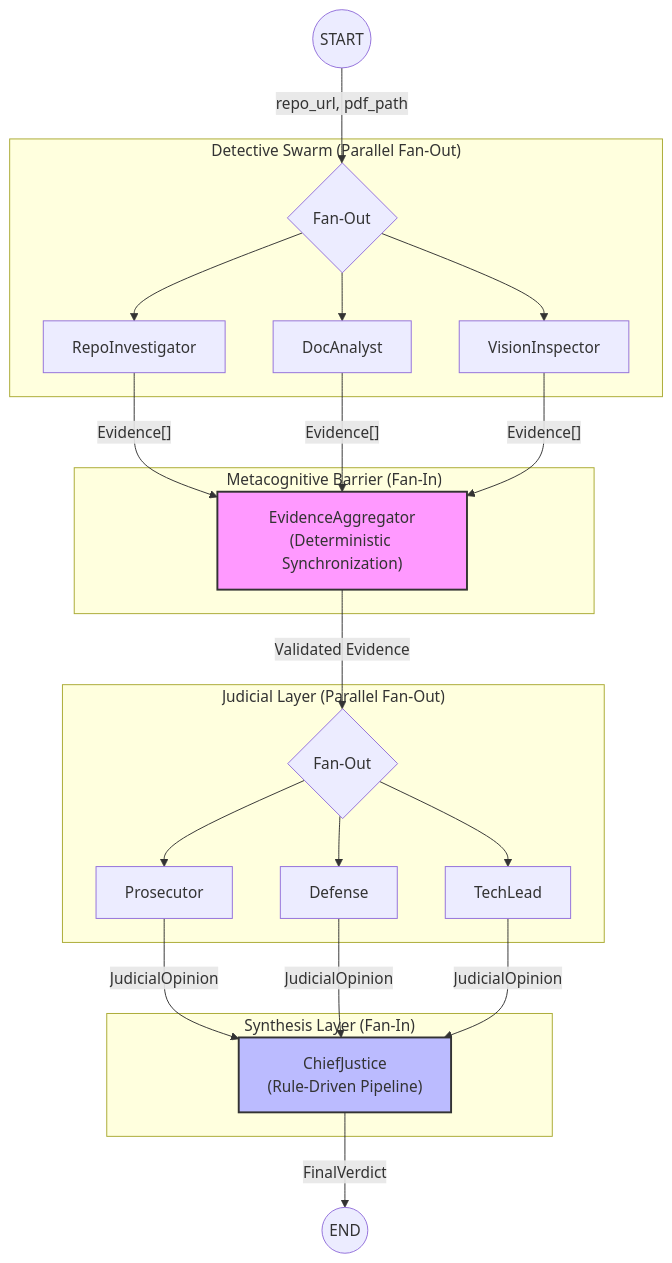
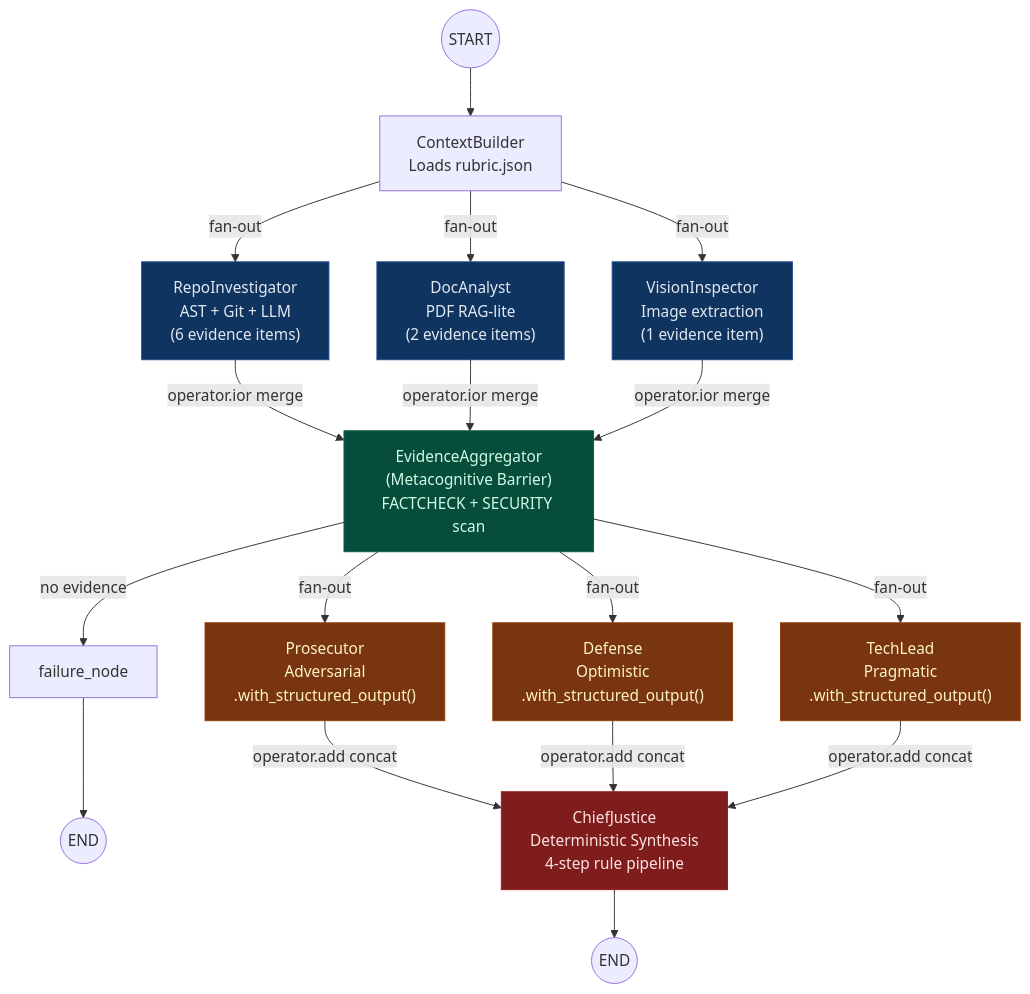
One commit to richh-s/automaton-auditor changed the diagram in reports/interim_report.md. Above: the diagram before and after it, drawn with Mermaid. The commit also changed other lines of this file, not shown here.

First line of the commit message:
docs: rewrite interim report to match forensic rubric spec

````diff
--- a/reports/interim_report.md
+++ b/reports/interim_report.md
@@ -10,41 +110,34 @@
 ```mermaid
 graph TD
-    START((START)) --> |"repo_url, pdf_path"| Detectives
-    
-    subgraph "Detective Swarm (Parallel Fan-Out)"
-        Detectives{Fan-Out}
-        Detectives --> RepoInvestigator
-        Detectives --> DocAnalyst
-        Detectives --> VisionInspector
-    end
+    START((START)) --> CB[ContextBuilder<br/>Loads rubric.json]
 
-    RepoInvestigator --> |"Evidence[]"| EvidenceAggregator
-    DocAnalyst --> |"Evidence[]"| EvidenceAggregator
-    VisionInspector --> |"Evidence[]"| EvidenceAggregator
+    CB --> |"fan-out"| RI["RepoInvestigator<br/>AST + Git + LLM<br/>(6 evidence items)"]
+    CB --> |"fan-out"| DA["DocAnalyst<br/>PDF RAG-lite<br/>(2 evidence items)"]
+    CB --> |"fan-out"| VI["VisionInspector<br/>Image extraction<br/>(1 evidence item)"]
 
-    subgraph "Metacognitive Barrier (Fan-In)"
-        EvidenceAggregator["EvidenceAggregator<br/>(Deterministic Synchronization)"]
-    end
+    RI --> |"operator.ior merge"| EA["EvidenceAggregator<br/>(Metacognitive Barrier)<br/>FACTCHECK + SECURITY scan"]
+    DA --> |"operator.ior merge"| EA
+    VI --> |"operator.ior merge"| EA
 
-    EvidenceAggregator --> |"Validated Evidence"| Judges
+    EA --> |"no evidence"| FN[failure_node]
+    FN --> END1((END))
 
-    subgraph "Judicial Layer (Parallel Fan-Out)"
-        Judges{Fan-Out}
-        Judges --> Prosecutor
-        Judges --> Defense
-        Judges --> TechLead
-    end
+    EA --> |"fan-out"| P["Prosecutor<br/>Adversarial<br/>.with_structured_output()"]
+    EA --> |"fan-out"| D["Defense<br/>Optimistic<br/>.with_structured_output()"]
+    EA --> |"fan-out"| TL["TechLead<br/>Pragmatic<br/>.with_structured_output()"]
 
-    Prosecutor --> |"JudicialOpinion"| ChiefJustice
-    Defense --> |"JudicialOpinion"| ChiefJustice
-    TechLead --> |"JudicialOpinion"| ChiefJustice
+    P --> |"operator.add concat"| CJ["ChiefJustice<br/>Deterministic Synthesis<br/>4-step rule pipeline"]
+    D --> |"operator.add concat"| CJ
+    TL --> |"operator.add concat"| CJ
 
-    subgraph "Synthesis Layer (Fan-In)"
-        ChiefJustice["ChiefJustice<br/>(Rule-Driven Pipeline)"]
-    end
+    CJ --> END2((END))
 
-    ChiefJustice --> |"FinalVerdict"| END((END))
-
-    style EvidenceAggregator fill:#f9f,stroke:#333,stroke-width:2px
-    style ChiefJustice fill:#bbf,stroke:#333,stroke-width:2px
+    style EA fill:#064e3b,color:#d1fae5,stroke:#065f46
+    style CJ fill:#7f1d1d,color:#fee2e2,stroke:#991b1b
+    style P fill:#78350f,color:#fef3c7,stroke:#92400e
+    style D fill:#78350f,color:#fef3c7,stroke:#92400e
+    style TL fill:#78350f,color:#fef3c7,stroke:#92400e
+    style RI fill:#0f3460,color:#e2e8f0,stroke:#1e4d8c
+    style DA fill:#0f3460,color:#e2e8f0,stroke:#1e4d8c
+    style VI fill:#0f3460,color:#e2e8f0,stroke:#1e4d8c
 ```
````
